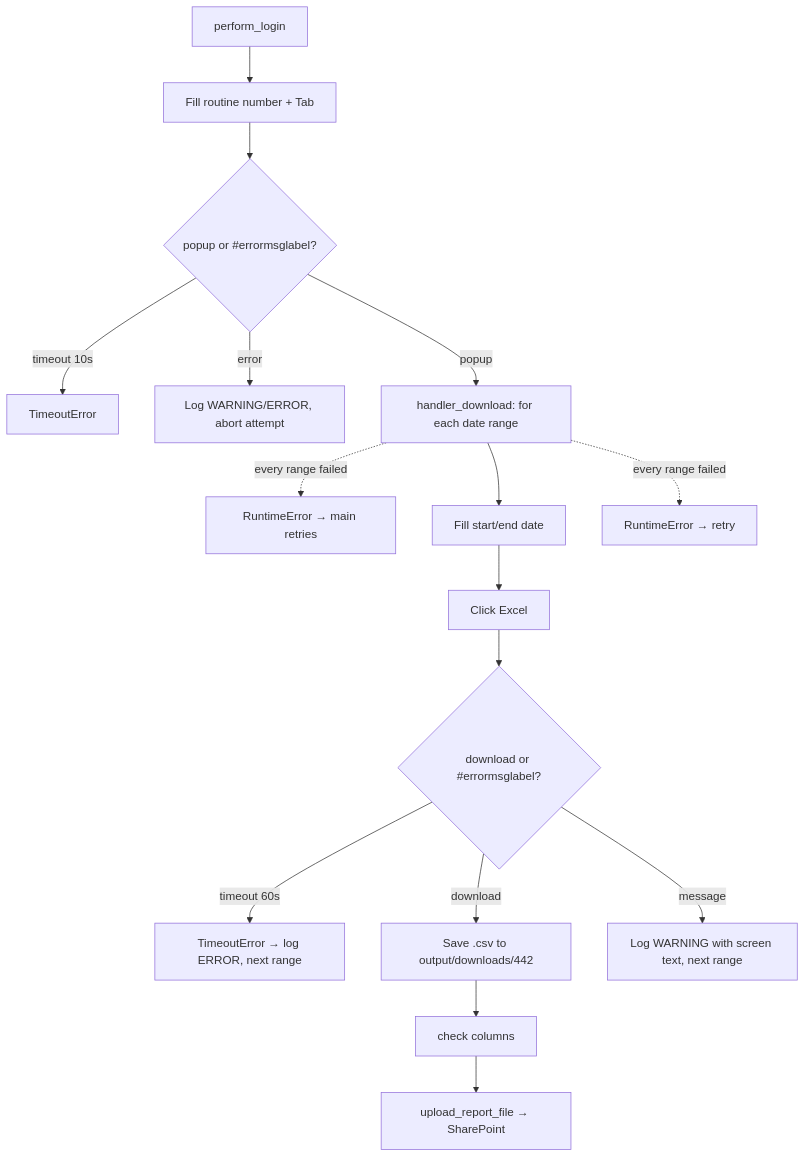
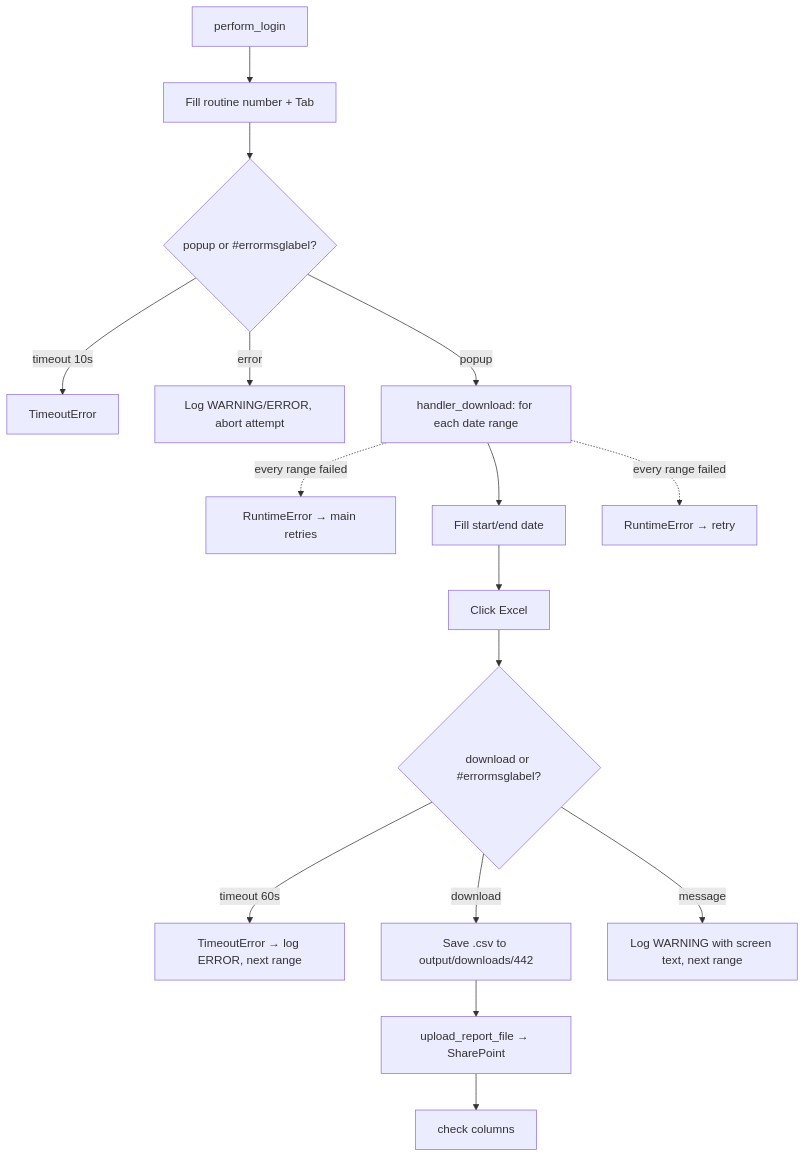
Before and after one commit to casedevalor/ssw_scraping: the diagram in 1DOCS/bot_442.md, drawn with Mermaid. The commit also changed other lines of this file and 64 other files, not shown here.

````diff
--- a/1DOCS/bot_442.md
+++ b/1DOCS/bot_442.md
@@ -29,18 +29,18 @@
 ```mermaid
 flowchart TD
     A[perform_login] --> B[Fill routine number + Tab]
     B --> C{popup or #errormsglabel?}
     C -->|timeout 10s| E1[TimeoutError]
     C -->|error| D1[Log WARNING/ERROR, abort attempt]
     C -->|popup| D[handler_download: for each date range]
     D -.->|every range failed| ZF[RuntimeError → main retries]
     D --> F[Fill start/end date]
     F --> G[Click Excel]
     G --> H{download or #errormsglabel?}
     H -->|timeout 60s| E2[TimeoutError → log ERROR, next range]
     H -->|download| I[Save .csv to output/downloads/442]
-    I --> I2[check columns]
-    I2 --> J[upload_report_file → SharePoint]
+    I --> J[upload_report_file → SharePoint]
+    J --> J2[check columns]
     H -->|message| K[Log WARNING with screen text, next range]
     D -.->|every range failed| E3[RuntimeError → retry]
 ```
````
